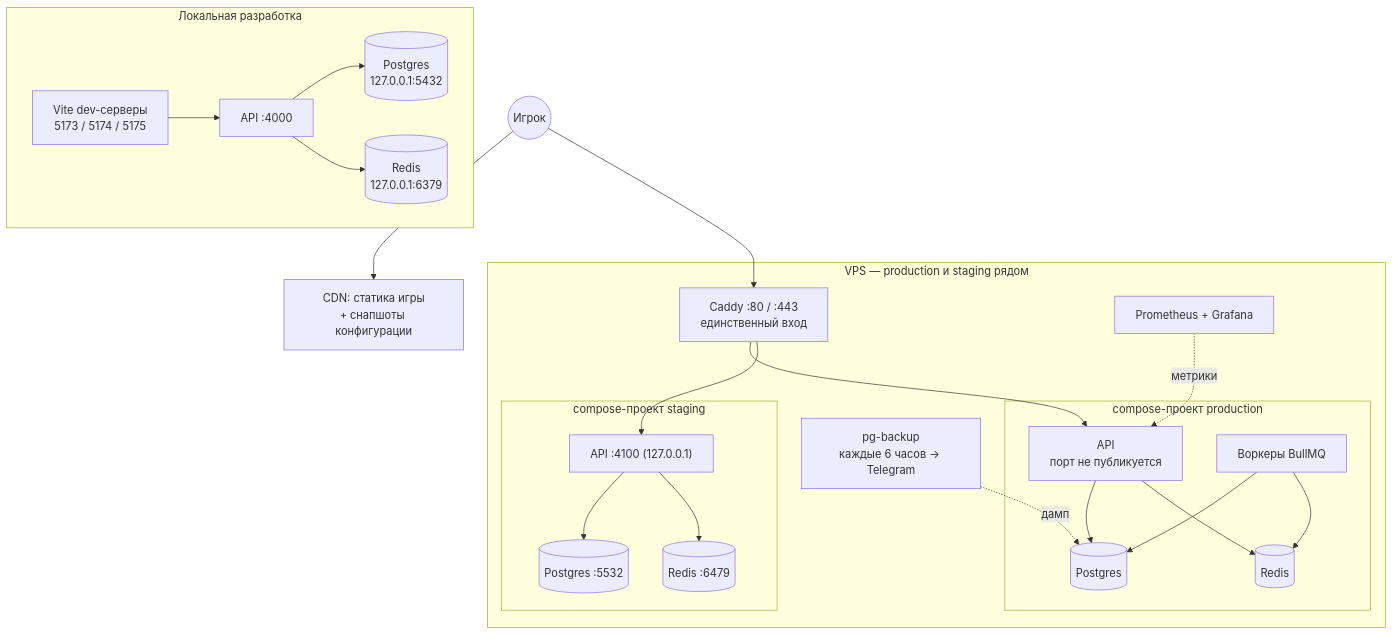
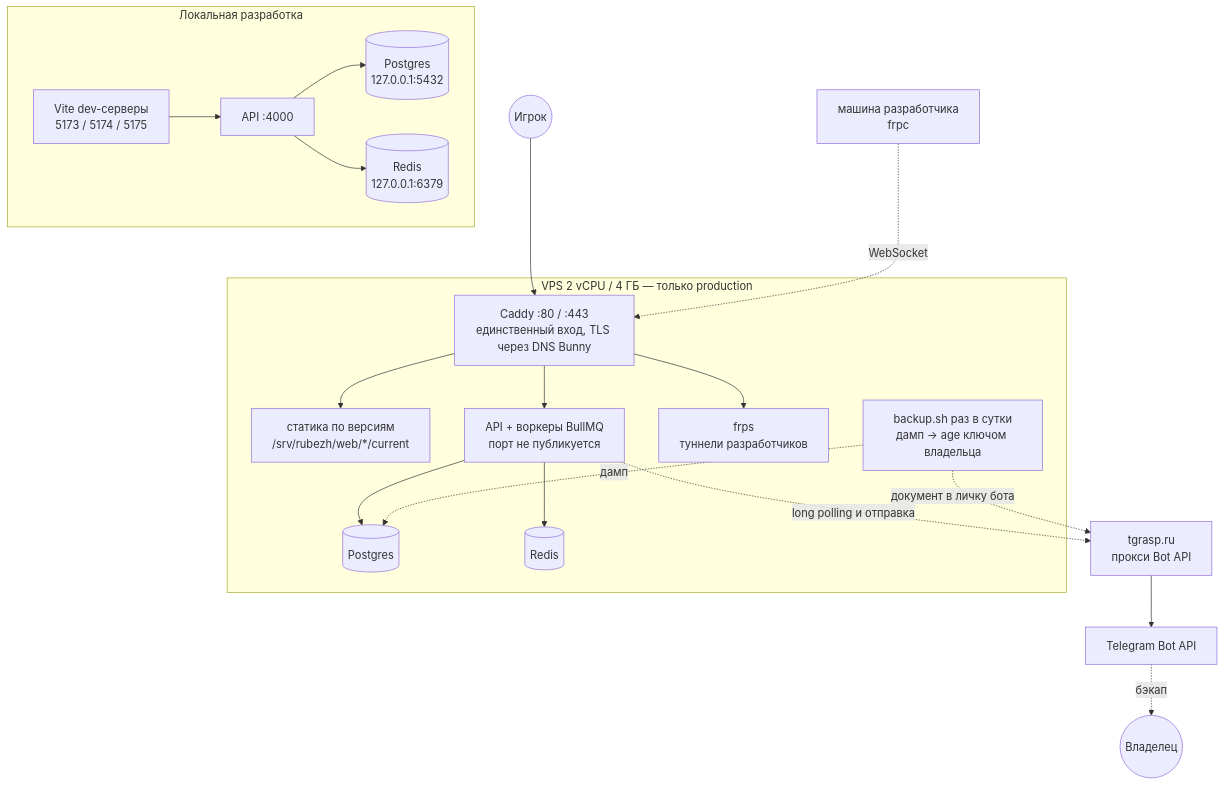
Diagram 26 of 26 in docs/21-diagrams.md (JJSGxKD/rubezh), drawn with Mermaid before and after one commit. The commit also changed other lines of this file and 19 other files, not shown here.

````diff
--- a/docs/21-diagrams.md
+++ b/docs/21-diagrams.md
@@ -1890,49 +1890,42 @@
 ```mermaid
 flowchart TB
     subgraph dev["Локальная разработка"]
         DV["Vite dev-серверы<br/>5173 / 5174 / 5175"]
         DA["API :4000"]
         DPG[("Postgres<br/>127.0.0.1:5432")]
         DR[("Redis<br/>127.0.0.1:6379")]
         DV --> DA
         DA --> DPG
         DA --> DR
     end
 
-    subgraph vps["VPS — production и staging рядом"]
-        CAD["Caddy :80 / :443<br/>единственный вход"]
+    subgraph vps["VPS 2 vCPU / 4 ГБ — только production"]
+        CAD["Caddy :80 / :443<br/>единственный вход, TLS через DNS Bunny"]
+        STAT["статика по версиям<br/>/srv/rubezh/web/*/current"]
+        PAPI["API + воркеры BullMQ<br/>порт не публикуется"]
+        PPG[("Postgres")]
+        PR[("Redis")]
+        FRPS["frps<br/>туннели разработчиков"]
+        BAK["backup.sh раз в сутки<br/>дамп → age ключом владельца"]
 
-        subgraph prod["compose-проект production"]
-            PAPI["API<br/>порт не публикуется"]
-            PPG[("Postgres")]
-            PR[("Redis")]
-            PW["Воркеры BullMQ"]
-        end
-
-        subgraph stg["compose-проект staging"]
-            SAPI["API :4100 (127.0.0.1)"]
-            SPG[("Postgres :5532")]
-            SR[("Redis :6479")]
-        end
-
-        MON["Prometheus + Grafana"]
-        BAK["pg-backup<br/>каждые 6 часов → Telegram"]
-
+        CAD --> STAT
         CAD --> PAPI
-        CAD --> SAPI
+        CAD --> FRPS
         PAPI --> PPG
         PAPI --> PR
-        PW --> PPG
-        PW --> PR
-        SAPI --> SPG
-        SAPI --> SR
-        MON -.метрики.-> PAPI
         BAK -.дамп.-> PPG
     end
 
-    CDNP["CDN: статика игры<br/>+ снапшоты конфигурации"]
+    TGP["tgrasp.ru<br/>прокси Bot API"]
+    TG["Telegram Bot API"]
+    DEVM["машина разработчика<br/>frpc"]
     PLAYER(("Игрок"))
+    OWNER(("Владелец"))
 
-    PLAYER --> CDNP
     PLAYER --> CAD
+    DEVM -.WebSocket.-> CAD
+    PAPI -.long polling и отправка.-> TGP
+    TGP --> TG
+    BAK -.документ в личку бота.-> TGP
+    TG -.бэкап.-> OWNER
 ```
````
